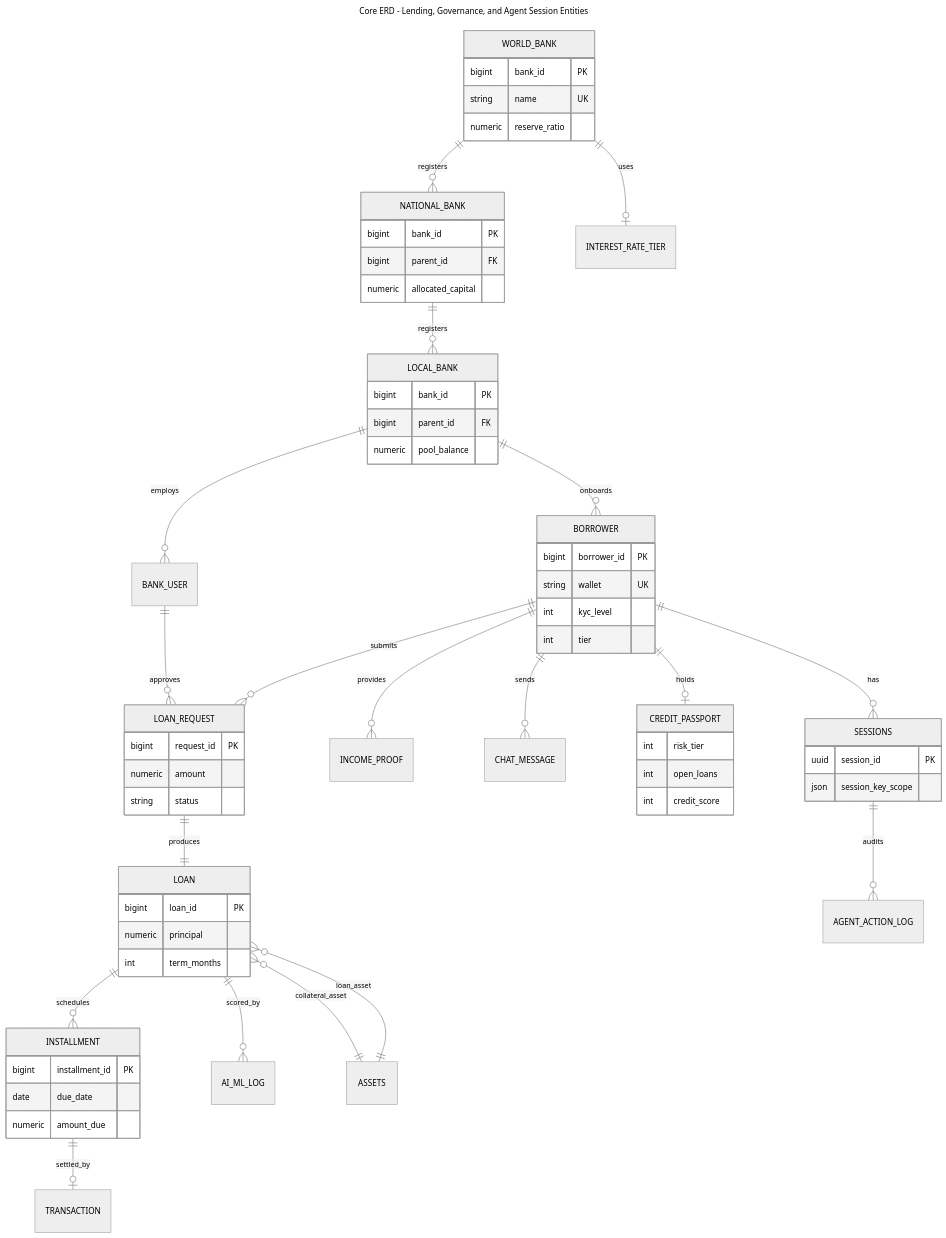
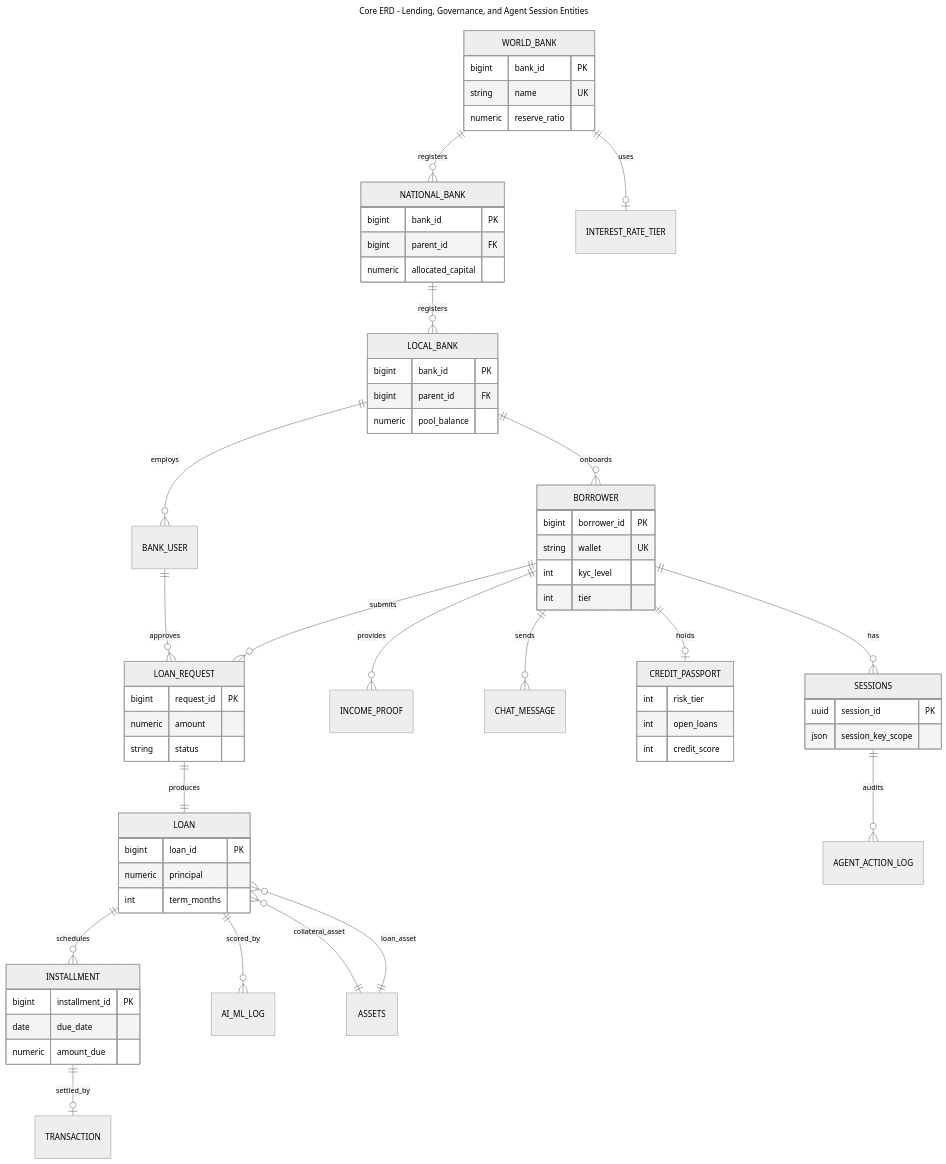
One commit to Yuvraajrahman/Cryto-World-Bank changed the diagram in Documentation/Diagrams/mermaid-src/improved diagrams/fig-erd-core.mmd. Above: the diagram before and after it, drawn with Mermaid (neutral theme). The commit also changed 93 other files, not shown here.

First line of the commit message:
Add v30 thesis draft with Chapter 1 Mermaid diagrams and diagram pipeline updates.

```diff
--- a/Documentation/Diagrams/mermaid-src/improved diagrams/fig-erd-core.mmd
+++ b/Documentation/Diagrams/mermaid-src/improved diagrams/fig-erd-core.mmd
@@ -1,72 +1,72 @@
 ---
 title: Core ERD - Lending, Governance, and Agent Session Entities
 config:
   er:
-    fontSize: 24
-    entityPadding: 24
+    fontSize: 20
+    entityPadding: 20
 ---
 erDiagram
     WORLD_BANK ||--o{ NATIONAL_BANK : registers
     NATIONAL_BANK ||--o{ LOCAL_BANK : registers
     LOCAL_BANK ||--o{ BANK_USER : employs
     LOCAL_BANK ||--o{ BORROWER : onboards
     BORROWER ||--o{ LOAN_REQUEST : submits
     BANK_USER ||--o{ LOAN_REQUEST : approves
     LOAN_REQUEST ||--|| LOAN : produces
     LOAN ||--o{ INSTALLMENT : schedules
     INSTALLMENT ||--o| TRANSACTION : settled_by
     BORROWER ||--o{ INCOME_PROOF : provides
     BORROWER ||--o{ CHAT_MESSAGE : sends
     LOAN ||--o{ AI_ML_LOG : scored_by
     BORROWER ||--o| CREDIT_PASSPORT : holds
     BORROWER ||--o{ SESSIONS : has
     SESSIONS ||--o{ AGENT_ACTION_LOG : audits
     WORLD_BANK ||--o| INTEREST_RATE_TIER : uses
     LOAN }o--|| ASSETS : collateral_asset
     LOAN }o--|| ASSETS : loan_asset
 
     WORLD_BANK {
         bigint bank_id PK
         string name UK
         numeric reserve_ratio
     }
     NATIONAL_BANK {
         bigint bank_id PK
         bigint parent_id FK
         numeric allocated_capital
     }
     LOCAL_BANK {
         bigint bank_id PK
         bigint parent_id FK
         numeric pool_balance
     }
     BORROWER {
         bigint borrower_id PK
         string wallet UK
         int kyc_level
         int tier
     }
     LOAN_REQUEST {
         bigint request_id PK
         numeric amount
         string status
     }
     LOAN {
         bigint loan_id PK
         numeric principal
         int term_months
     }
     INSTALLMENT {
         bigint installment_id PK
         date due_date
         numeric amount_due
     }
     CREDIT_PASSPORT {
         int risk_tier
         int open_loans
         int credit_score
     }
     SESSIONS {
         uuid session_id PK
         json session_key_scope
     }
```
